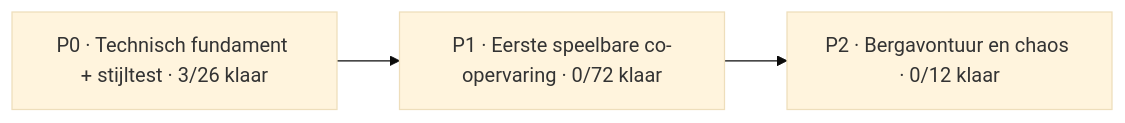
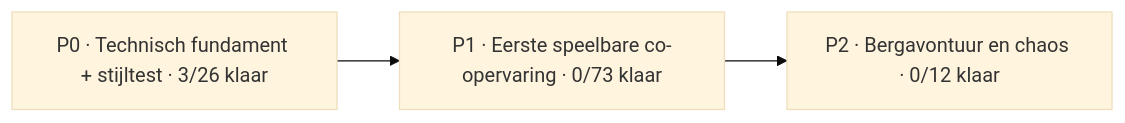
The diagram in Docs/PROJECT_BOARD.md (mlemson/conductor-chaos), drawn with Mermaid (base theme) before and after one commit. The commit also changed other lines of this file, not shown here.

````diff
--- a/Docs/PROJECT_BOARD.md
+++ b/Docs/PROJECT_BOARD.md
@@ -13,7 +13,7 @@
 ```mermaid
 flowchart LR
     P0["P0 · Technisch fundament + stijltest · 3/26 klaar"]
-    P1["P1 · Eerste speelbare co-opervaring · 0/72 klaar"]
+    P1["P1 · Eerste speelbare co-opervaring · 0/73 klaar"]
     P2["P2 · Bergavontuur en chaos · 0/12 klaar"]
     P0 --> P1 --> P2
 ```
````
